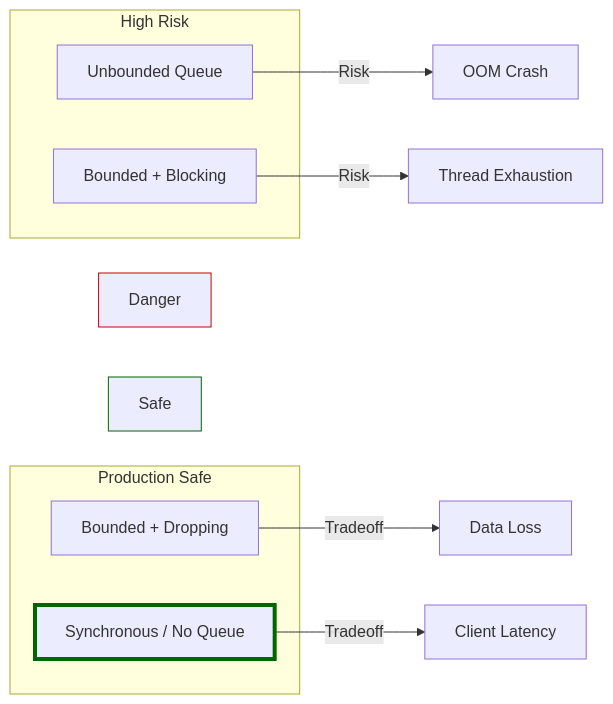
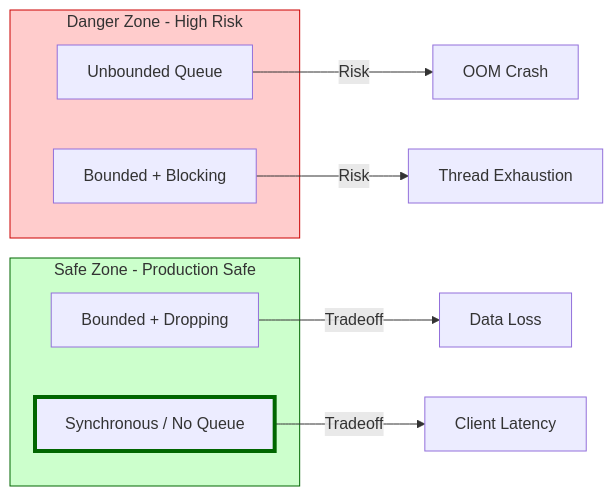
One commit to suaybdemir/CloudScale-Event-Platform changed the diagram in docs/tradeoffs.md. Above: the diagram before and after it, drawn with Mermaid. The commit also changed 4 other files, not shown here.

Commit message:
docs: improve visuals, fix diagrams, and enhance readme

````diff
--- a/docs/tradeoffs.md
+++ b/docs/tradeoffs.md
@@ -61,22 +61,22 @@
 ```mermaid
 graph LR
-    subgraph Danger Zone [High Risk]
+    subgraph DangerZone [Danger Zone - High Risk]
         Unbounded[Unbounded Queue]
         Blocking[Bounded + Blocking]
     end
 
-    subgraph Safe Zone [Production Safe]
+    subgraph SafeZone [Safe Zone - Production Safe]
         Dropping[Bounded + Dropping]
         Sync[Synchronous / No Queue]
     end
 
     Unbounded -->|Risk| OOM[OOM Crash]
     Blocking -->|Risk| Cascade[Thread Exhaustion]
     
     Dropping -->|Tradeoff| Loss[Data Loss]
     Sync -->|Tradeoff| Latency[Client Latency]
 
-    style Danger Zone fill:#ffcccc,stroke:#cc0000
-    style Safe Zone fill:#ccffcc,stroke:#006600
+    style DangerZone fill:#ffcccc,stroke:#cc0000
+    style SafeZone fill:#ccffcc,stroke:#006600
     style Sync stroke-width:4px,stroke:#006600
 ```
````
